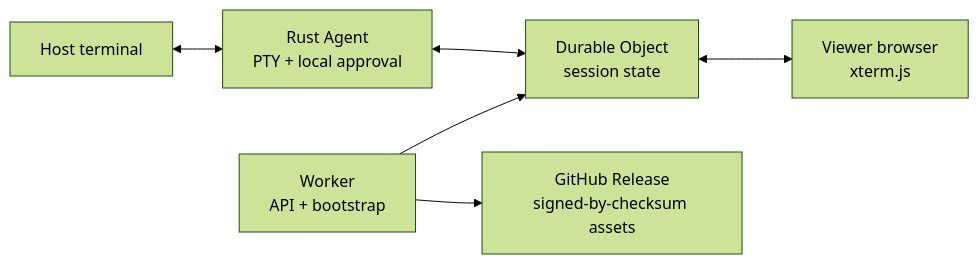
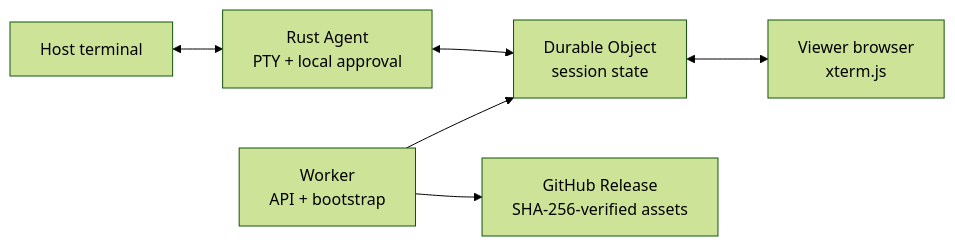
Before and after one commit to jiayx/shello: the diagram in README.md, drawn with Mermaid (forest theme). The commit also changed other lines of this file and 8 other files, not shown here.

```diff
--- a/README.md
+++ b/README.md
@@ -61,8 +61,8 @@
 ~~~mermaid
 flowchart LR
   H["Host terminal"] <--> A["Rust Agent<br/>PTY + local approval"]
   A <--> D["Durable Object<br/>session state"]
   D <--> V["Viewer browser<br/>xterm.js"]
   W["Worker<br/>API + bootstrap"] --> D
-  W --> R["GitHub Release<br/>signed-by-checksum assets"]
+  W --> R["GitHub Release<br/>SHA-256-verified assets"]
 ~~~
```
